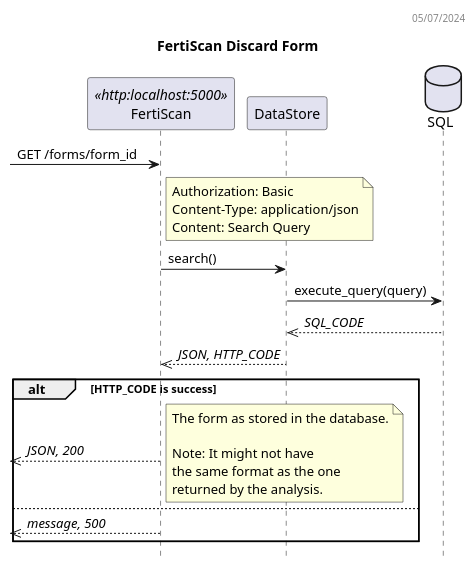
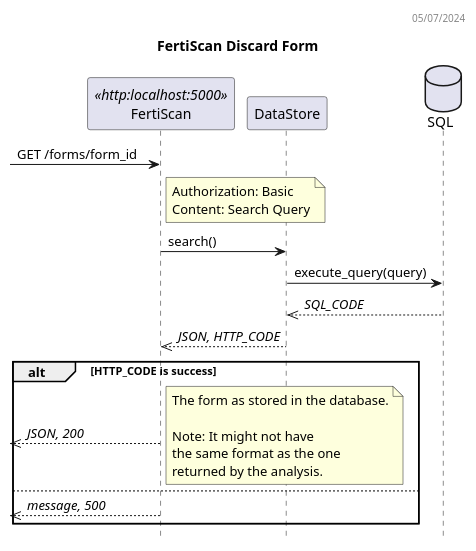
One commit to ai-cfia/fertiscan-backend changed the diagram in docs/plantuml/search_form_dss.puml. Above: the diagram before and after it, drawn with PlantUML. The commit also changed 5 other files, not shown here.

```diff
--- a/docs/plantuml/search_form_dss.puml
+++ b/docs/plantuml/search_form_dss.puml
@@ -1,35 +1,34 @@
 @startuml FertiScan Sequence Diagram
 header 05/07/2024
 
 title FertiScan Discard Form
 hide empty members
 hide footbox
 
 participant FertiScan as BE <<http:localhost:5000>>
 participant DataStore as DS
 database SQL as DB
 
 -> BE: GET /forms/form_id
 note right BE
   Authorization: Basic
-  Content-Type: application/json
   Content: Search Query
 end note
 BE -> DS: search() 
 DS -> DB: execute_query(query)
 DS <<-- DB: //SQL_CODE//
 BE <<-- DS: //JSON, HTTP_CODE//
 alt HTTP_CODE is success
   <<-- BE: //JSON, 200//
   note right
     The form as stored in the database.
 
     Note: It might not have
     the same format as the one
     returned by the analysis.
   end note
 else
   <<-- BE: //message, 500//
 end
 
 @enduml
```
